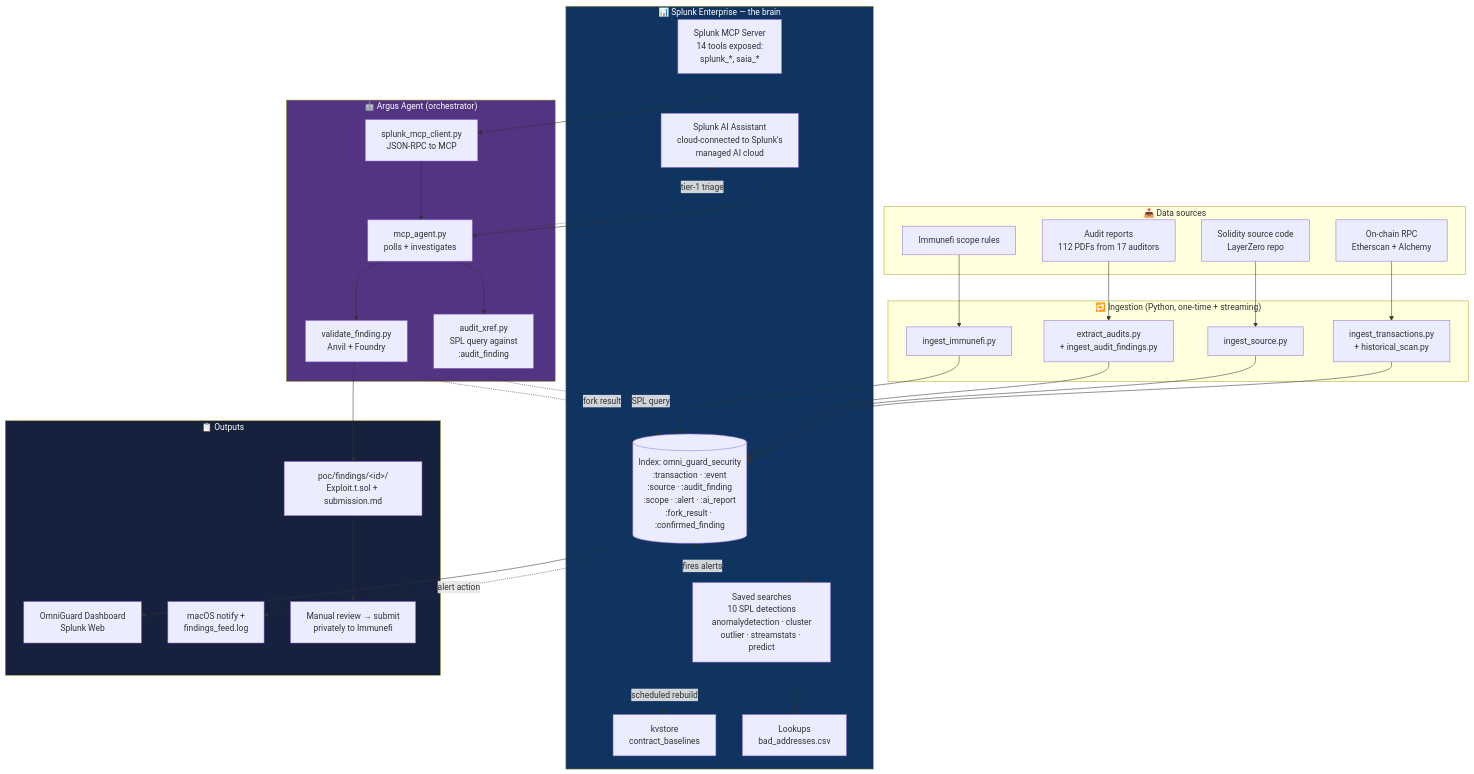
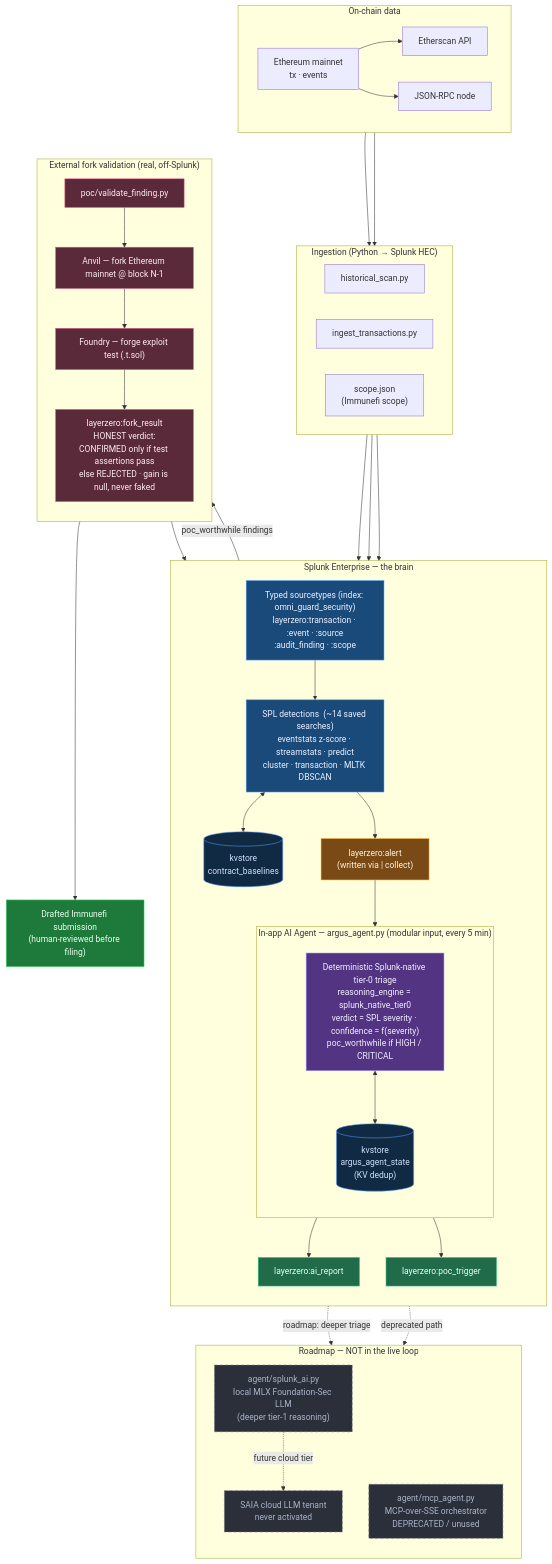
One commit to Alexander-Sorrell-IT/argus changed the first of 2 diagrams in ARCHITECTURE.md. Above: the diagram before and after it, drawn with Mermaid. The commit also changed other lines of this file and 89 other files, not shown here.

Commit message:
Argus: Splunk-native security ops for cross-chain DeFi — hackathon submission prep

````diff
--- a/ARCHITECTURE.md
+++ b/ARCHITECTURE.md
@@ -10,67 +17,93 @@
 ```mermaid
-graph TD
-    subgraph SOURCES["📥 Data sources"]
-        A1[On-chain RPC<br/>Etherscan + Alchemy]
-        A2[Solidity source code<br/>LayerZero repo]
-        A3[Audit reports<br/>112 PDFs from 17 auditors]
-        A4[Immunefi scope rules]
+flowchart TB
+  subgraph CHAIN["On-chain data"]
+    direction LR
+    SRC["Ethereum mainnet<br/>tx · events"]
+    ESCAN["Etherscan API"]
+    RPC["JSON-RPC node"]
+    SRC --> ESCAN
+    SRC --> RPC
+  end
+
+  subgraph INGEST["Ingestion  (Python → Splunk HEC)"]
+    direction LR
+    ING1["historical_scan.py"]
+    ING2["ingest_transactions.py"]
+    SCOPE["scope.json<br/>(Immunefi scope)"]
+  end
+
+  subgraph SPLUNK["Splunk Enterprise  —  the brain"]
+    direction TB
+    ST["Typed sourcetypes (index: omni_guard_security)<br/>layerzero:transaction · :event · :source<br/>:audit_finding · :scope"]
+    DET["SPL detections  (~14 saved searches)<br/>eventstats z-score · streamstats · predict<br/>cluster · transaction · MLTK DBSCAN"]
+    KVB[("kvstore<br/>contract_baselines")]
+    ALERT["layerzero:alert<br/>(written via | collect)"]
+
+    subgraph AGENTBOX["In-app AI Agent  —  argus_agent.py  (modular input, every 5 min)"]
+      direction TB
+      AG["Deterministic Splunk-native tier-0 triage<br/>reasoning_engine = splunk_native_tier0<br/>verdict = SPL severity · confidence = f(severity)<br/>poc_worthwhile if HIGH / CRITICAL"]
+      KVS[("kvstore<br/>argus_agent_state<br/>(KV dedup)")]
     end
 
-    subgraph INGEST["🔁 Ingestion (Python, one-time + streaming)"]
-        B1[ingest_transactions.py<br/>+ historical_scan.py]
-        B2[ingest_source.py]
-        B3[extract_audits.py<br/>+ ingest_audit_findings.py]
-        B4[ingest_immunefi.py]
-    end
+    REPORT["layerzero:ai_report"]
+    TRIG["layerzero:poc_trigger"]
 
-    subgraph SPLUNK["📊 Splunk Enterprise — the brain"]
-        C1[("Index: omni_guard_security<br/>:transaction · :event<br/>:source · :audit_finding<br/>:scope · :alert · :ai_report<br/>:fork_result · :confirmed_finding")]
-        C2[Saved searches<br/>10 SPL detections<br/>anomalydetection · cluster<br/>outlier · streamstats · predict]
-        C3[kvstore<br/>contract_baselines]
-        C4[Lookups<br/>bad_addresses.csv]
-        C5[Splunk AI Assistant<br/>cloud-connected to Splunk's<br/>managed AI cloud]
-        C6[Splunk MCP Server<br/>14 tools exposed:<br/>splunk_*, saia_*]
-    end
+    ST --> DET
+    DET <--> KVB
+    DET --> ALERT
+    ALERT --> AG
+    AG <--> KVS
+    AG --> REPORT
+    AG --> TRIG
+  end
 
-    subgraph AGENT["🤖 Argus Agent (orchestrator)"]
-        D1[mcp_agent.py<br/>polls + investigates]
-        D2[splunk_mcp_client.py<br/>JSON-RPC to MCP]
-        D3[audit_xref.py<br/>SPL query against<br/>:audit_finding]
-        D4[validate_finding.py<br/>Anvil + Foundry]
-    end
+  subgraph FORK["External fork validation  (real, off-Splunk)"]
+    direction TB
+    VAL["poc/validate_finding.py"]
+    ANVIL["Anvil — fork Ethereum mainnet @ block N-1"]
+    FORGE["Foundry — forge exploit test (.t.sol)"]
+    FRES["layerzero:fork_result<br/>HONEST verdict:<br/>CONFIRMED only if test assertions pass<br/>else REJECTED · gain is null, never faked"]
+    VAL --> ANVIL --> FORGE --> FRES
+  end
 
-    subgraph OUT["📋 Outputs"]
-        E1[OmniGuard Dashboard<br/>Splunk Web]
-        E2[macOS notify +<br/>findings_feed.log]
-        E3[poc/findings/&lt;id&gt;/<br/>Exploit.t.sol + submission.md]
-        E4[Manual review → submit<br/>privately to Immunefi]
-    end
+  SUBMIT["Drafted Immunefi submission<br/>(human-reviewed before filing)"]
 
-    A1 --> B1 --> C1
-    A2 --> B2 --> C1
-    A3 --> B3 --> C1
-    A4 --> B4 --> C1
+  subgraph ROADMAP["Roadmap  —  NOT in the live loop"]
+    direction TB
+    LLM["agent/splunk_ai.py<br/>local MLX Foundation-Sec LLM<br/>(deeper tier-1 reasoning)"]
+    MCP["agent/mcp_agent.py<br/>MCP-over-SSE orchestrator<br/>DEPRECATED / unused"]
+    SAIA["SAIA cloud LLM tenant<br/>never activated"]
+  end
 
-    C1 --> C2
-    C2 -.fires alerts.-> C1
-    C2 -.scheduled rebuild.-> C3
-    C2 --> C4
+  ESCAN --> ING1
+  RPC --> ING2
+  ING1 --> ST
+  ING2 --> ST
+  SCOPE --> ST
+  FRES --> REPORT
 
-    C6 --> D2
-    D2 --> D1
-    D1 --> D3
-    D3 -.SPL query.-> C1
-    D1 --> D4
-    D1 -.tier-1 triage.-> C5
-    C5 --> D1
-    D4 -.fork result.-> C1
+  TRIG -->|"poc_worthwhile findings"| VAL
+  FRES --> SUBMIT
 
-    C1 --> E1
-    C1 -.alert action.-> E2
-    D4 --> E3
-    E3 --> E4
+  AG -.->|"roadmap: deeper triage"| LLM
+  AG -.->|"deprecated path"| MCP
+  LLM -.->|"future cloud tier"| SAIA
 
-    style SPLUNK fill:#0f3460,color:#fff
-    style AGENT fill:#533483,color:#fff
-    style OUT fill:#16213e,color:#fff
+  classDef detect fill:#1a4a7a,stroke:#5b9dff,color:#eaf0ff;
+  classDef alertnode fill:#7a4a16,stroke:#f6a623,color:#fff4e0;
+  classDef agentnode fill:#533483,stroke:#9b8cff,color:#f3eeff;
+  classDef outnode fill:#1f6b4a,stroke:#34c98a,color:#eafff5;
+  classDef forknode fill:#5a2a3a,stroke:#e0608a,color:#ffeaf2;
+  classDef kv fill:#102a44,stroke:#5b9dff,color:#cfe0ff;
+  classDef submit fill:#1d7a3a,stroke:#43d66e,color:#eafff0;
+  classDef roadmap fill:#2a2f3a,stroke:#6b7488,color:#aab4c8,stroke-dasharray:6 4;
+
+  class ST,DET detect;
+  class KVB,KVS kv;
+  class ALERT alertnode;
+  class AG agentnode;
+  class REPORT,TRIG outnode;
+  class VAL,ANVIL,FORGE,FRES forknode;
+  class SUBMIT submit;
+  class LLM,MCP,SAIA roadmap;
 ```
````
